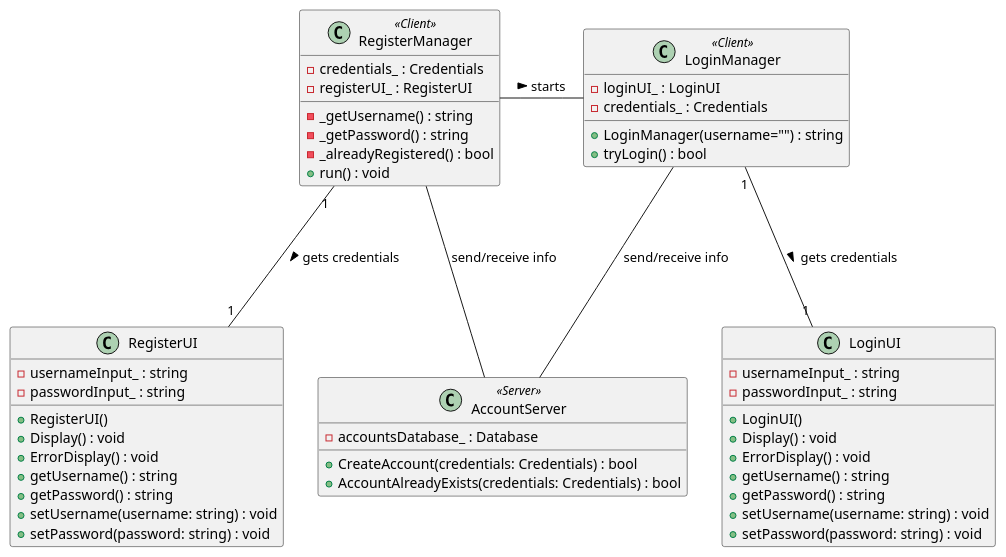
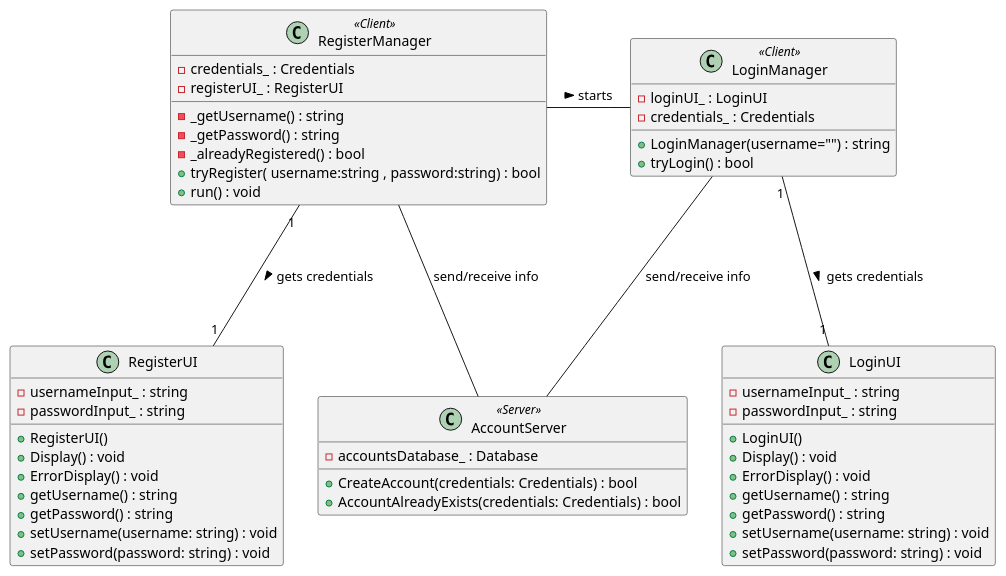
Before and after one commit to ulb-info2-group5/Royal-Blocks: the diagram in SRD-DOC/uml/class/connexion/connexion.plantuml, drawn with PlantUML. The commit also changed 5 other files, not shown here.

Commit message:
update sequence diagram and class diagram connexion

```diff
--- a/SRD-DOC/uml/class/connexion/connexion.plantuml
+++ b/SRD-DOC/uml/class/connexion/connexion.plantuml
@@ -1,63 +1,64 @@
 @startuml Connexion
 
 ' TODO: This diagram is not finshed yet and will be subject to modifications
 '
 ' Credential contains: username & password
 
 class RegisterManager <<Client>> {
     - credentials_ : Credentials
     - registerUI_ : RegisterUI
     - _getUsername() : string
     - _getPassword() : string
     - _alreadyRegistered() : bool
+    + tryRegister( username:string , password:string) : bool
     + run() : void
 }
 
 class RegisterUI {
     - usernameInput_ : string
     - passwordInput_ : string
     + RegisterUI()
     + Display() : void
     + ErrorDisplay() : void
     + getUsername() : string
     + getPassword() : string
     + setUsername(username: string) : void
     + setPassword(password: string) : void
 }
 
 class LoginManager <<Client>> {
     - loginUI_ : LoginUI 
     - credentials_ : Credentials
     'username lets us initialize the username field in the loginUI
     'to avoid asking it a second time (first time in the register side)
     'if not empty, it will call set_username on the loginUI
     + LoginManager(username="") : string 
     + tryLogin() : bool
 }
 
 class LoginUI {
     - usernameInput_ : string
     - passwordInput_ : string
     + LoginUI()
     + Display() : void
     + ErrorDisplay() : void
     + getUsername() : string
     + getPassword() : string
     + setUsername(username: string) : void
     + setPassword(password: string) : void
 }
 
 class AccountServer <<Server>> {
     - accountsDatabase_ : Database
     + CreateAccount(credentials: Credentials) : bool
     + AccountAlreadyExists(credentials: Credentials) : bool
 }
 
 
 RegisterManager  -  LoginManager : starts >
 RegisterManager "1" --- "1" RegisterUI : gets credentials >
 LoginManager "1" --- "1" LoginUI : gets credentials >
 RegisterManager --- AccountServer : send/receive info
 LoginManager --- AccountServer : send/receive info
 
 @enduml
```
